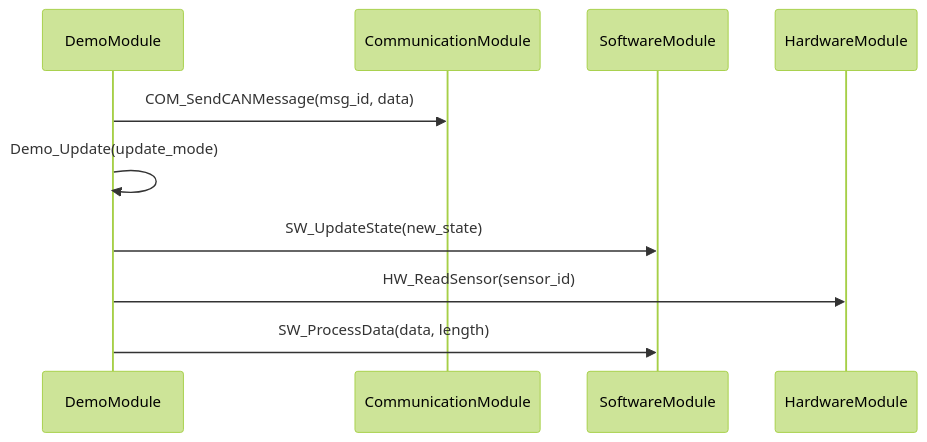
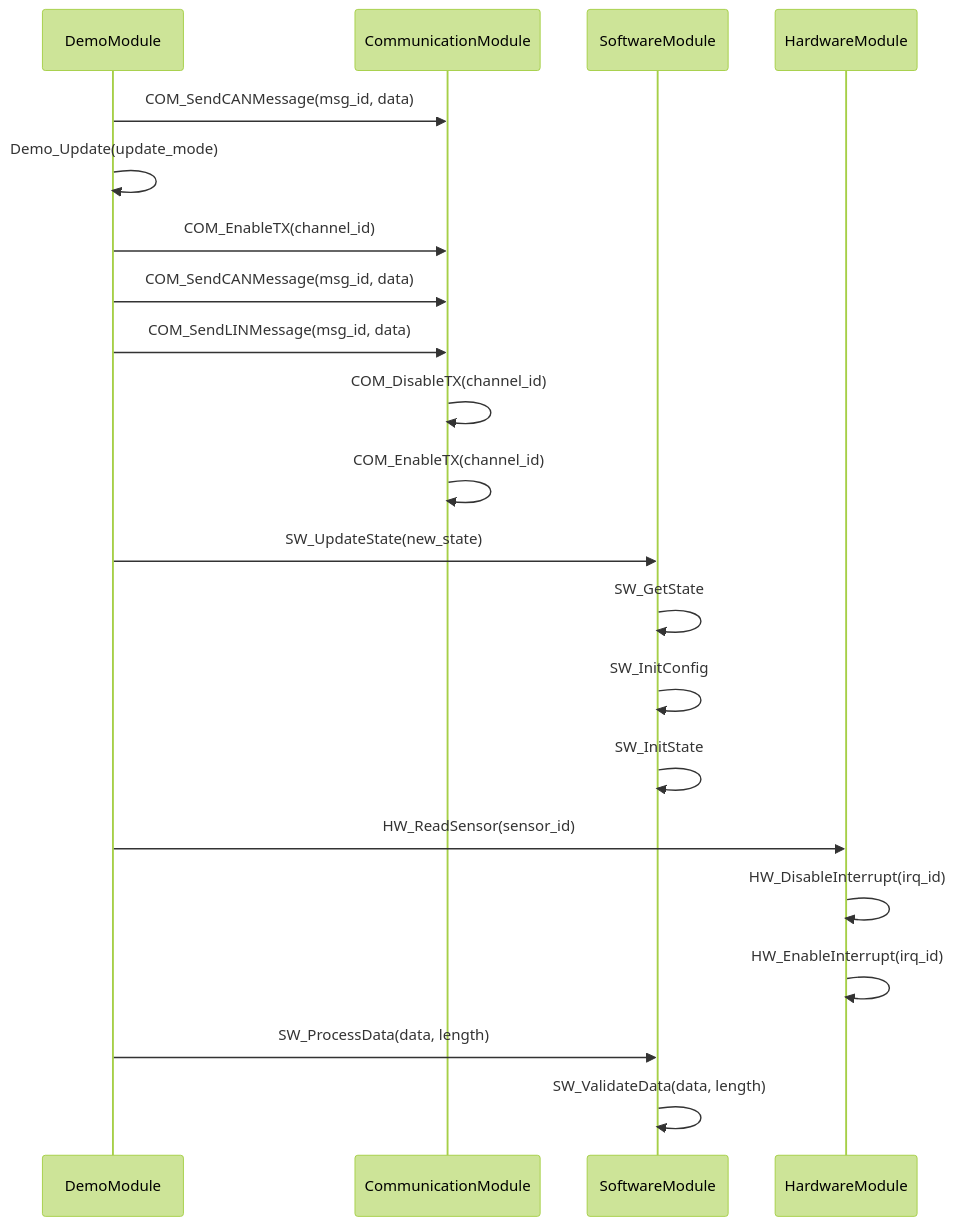
One commit to melodypapa/autosar_calltree changed the diagram in demo/demo_main.md. Above: the diagram before and after it, drawn with Mermaid (forest theme). The commit also changed other lines of this file and 36 other files, not shown here.

````diff
--- a/demo/demo_main.md
+++ b/demo/demo_main.md
@@ -14,13 +14,24 @@
 ```mermaid
 sequenceDiagram
     participant DemoModule
     participant CommunicationModule
     participant SoftwareModule
     participant HardwareModule
 
     DemoModule->>CommunicationModule: COM_SendCANMessage(msg_id, data)
     DemoModule->>DemoModule: Demo_Update(update_mode)
+    DemoModule->>CommunicationModule: COM_EnableTX(channel_id)
+    DemoModule->>CommunicationModule: COM_SendCANMessage(msg_id, data)
+    DemoModule->>CommunicationModule: COM_SendLINMessage(msg_id, data)
+    CommunicationModule->>CommunicationModule: COM_DisableTX(channel_id)
+    CommunicationModule->>CommunicationModule: COM_EnableTX(channel_id)
     DemoModule->>SoftwareModule: SW_UpdateState(new_state)
+    SoftwareModule->>SoftwareModule: SW_GetState
+    SoftwareModule->>SoftwareModule: SW_InitConfig
+    SoftwareModule->>SoftwareModule: SW_InitState
     DemoModule->>HardwareModule: HW_ReadSensor(sensor_id)
+    HardwareModule->>HardwareModule: HW_DisableInterrupt(irq_id)
+    HardwareModule->>HardwareModule: HW_EnableInterrupt(irq_id)
     DemoModule->>SoftwareModule: SW_ProcessData(data, length)
+    SoftwareModule->>SoftwareModule: SW_ValidateData(data, length)
 ```
````
